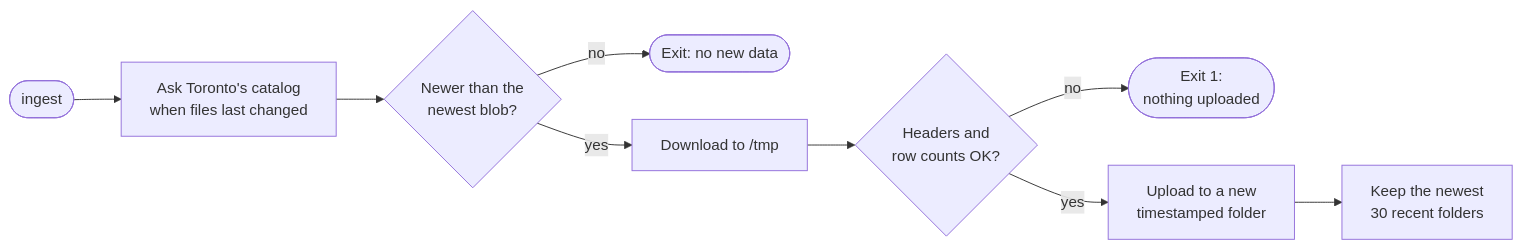
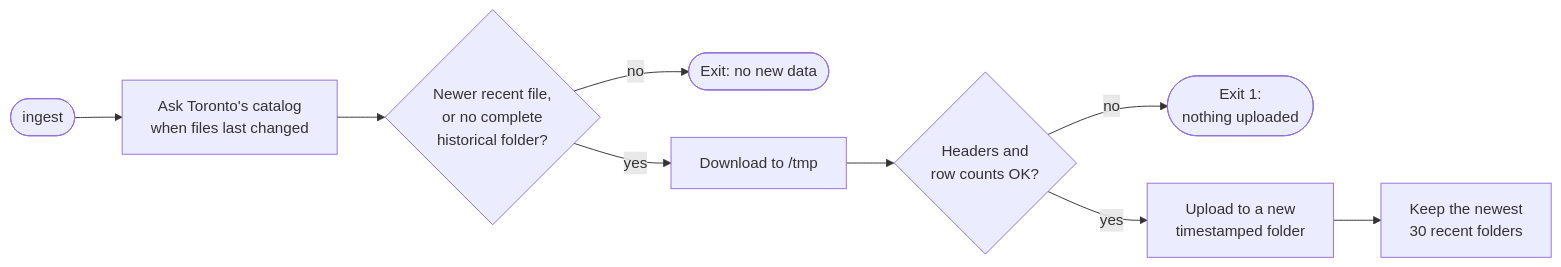
One commit to im-kenough/DineSafeViz changed the second of 4 diagrams in docs-new/ref/3-1-data-architecture.md. Above: the diagram before and after it, drawn with Mermaid. The commit also changed 10 other files, not shown here.

````diff
--- a/docs-new/ref/3-1-data-architecture.md
+++ b/docs-new/ref/3-1-data-architecture.md
@@ -64,11 +64,11 @@
 ```mermaid
 flowchart LR
     start(["ingest"]) --> ask["Ask Toronto's catalog<br/>when files last changed"]
-    ask --> newer{"Newer than the<br/>newest blob?"}
+    ask --> newer{"Newer recent file,<br/>or no complete<br/>historical folder?"}
     newer -- no --> done(["Exit: no new data"])
     newer -- yes --> dl["Download to /tmp"]
     dl --> val{"Headers and<br/>row counts OK?"}
     val -- no --> fail(["Exit 1:<br/>nothing uploaded"])
     val -- yes --> up["Upload to a new<br/>timestamped folder"]
     up --> prune["Keep the newest<br/>30 recent folders"]
 ```
````
